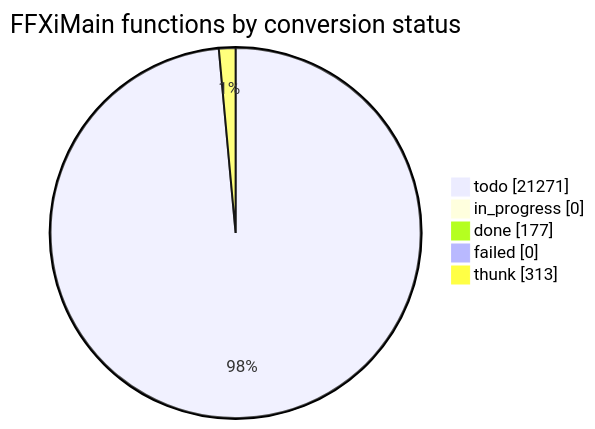
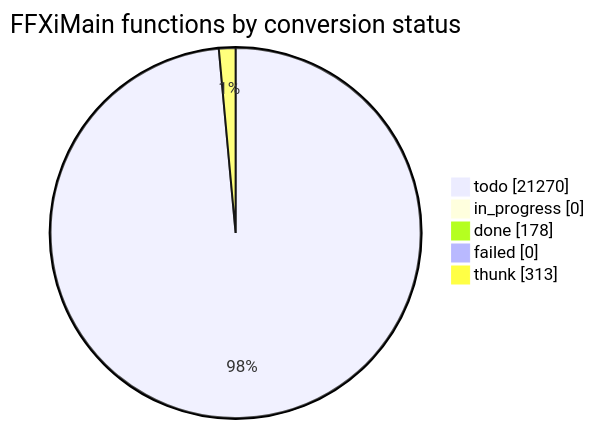
One commit to cowrevenge/cow_kuluu_xi_anything changed the diagram in docs/cow/STATUS.md. Above: the diagram before and after it, drawn with Mermaid. The commit also changed other lines of this file and 9 other files, not shown here.

````diff
--- a/docs/cow/STATUS.md
+++ b/docs/cow/STATUS.md
@@ -18,9 +18,9 @@
 ```mermaid
 pie showData
     title FFXiMain functions by conversion status
-    "todo" : 21271
+    "todo" : 21270
     "in_progress" : 0
-    "done" : 177
+    "done" : 178
     "failed" : 0
     "thunk" : 313
 ```
````
